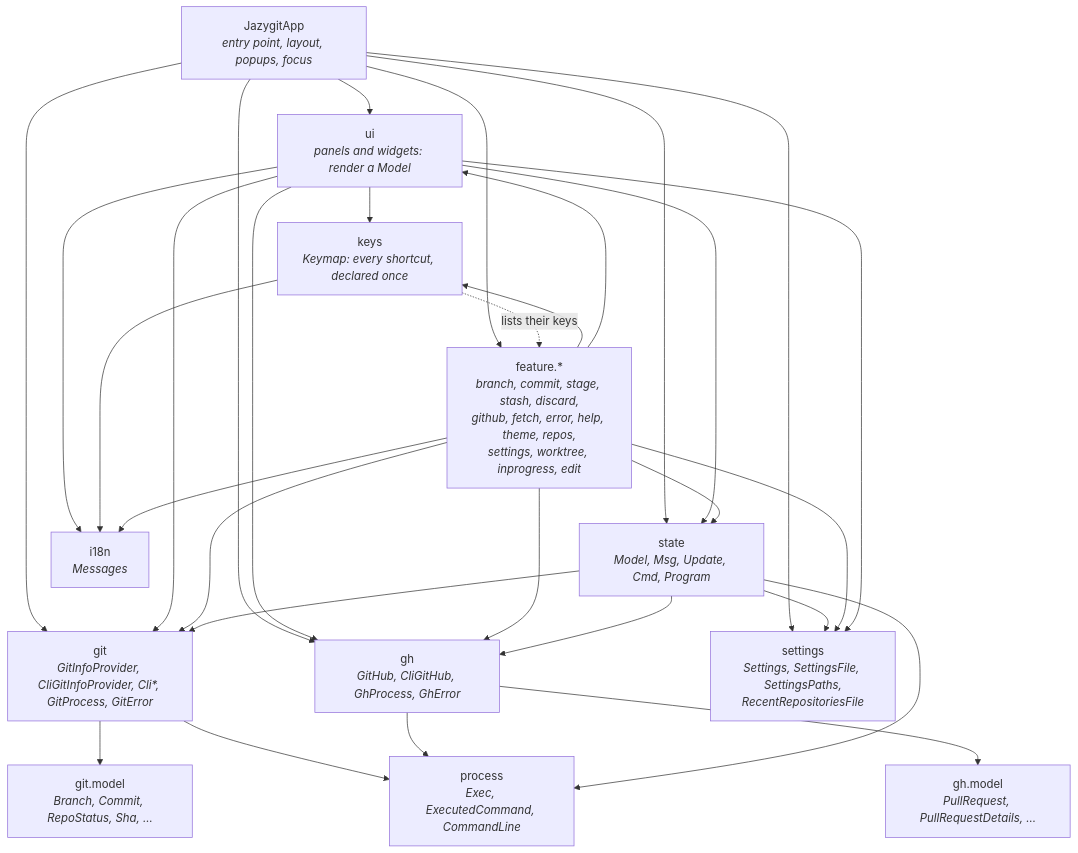
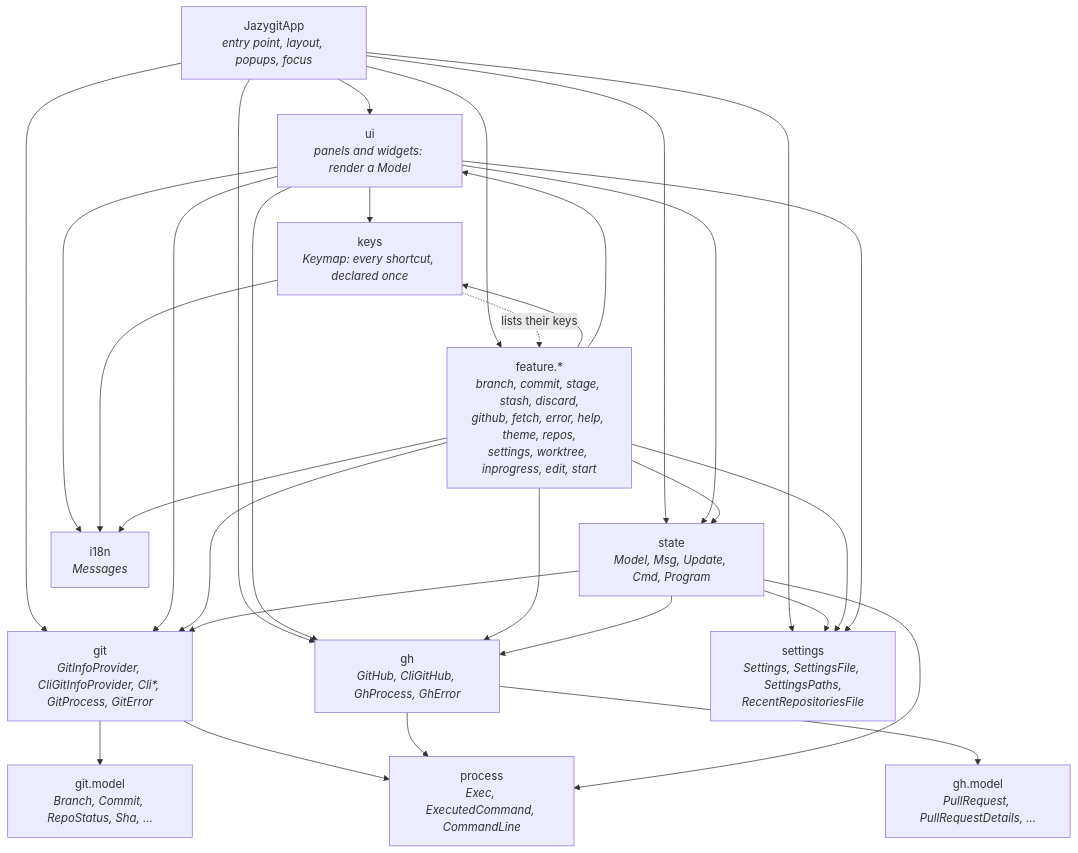
Before and after one commit to cvanfleteren/jazygit: the first of 7 diagrams in ARCHITECTURE.md, drawn with Mermaid. The commit also changed other lines of this file and 18 other files, not shown here.

````diff
--- a/ARCHITECTURE.md
+++ b/ARCHITECTURE.md
@@ -35,45 +35,45 @@
 ```mermaid
 graph TD
     App["JazygitApp<br/><i>entry point, layout, popups, focus</i>"]
     UI["ui<br/><i>panels and widgets: render a Model</i>"]
     Keys["keys<br/><i>Keymap: every shortcut, declared once</i>"]
-    Feature["feature.*<br/><i>branch, commit, stage, stash, discard,<br/>github, fetch, error, help, theme, repos,<br/>settings, worktree, inprogress, edit</i>"]
+    Feature["feature.*<br/><i>branch, commit, stage, stash, discard,<br/>github, fetch, error, help, theme, repos,<br/>settings, worktree, inprogress, edit, start</i>"]
     State["state<br/><i>Model, Msg, Update, Cmd, Program</i>"]
     Git["git<br/><i>GitInfoProvider, CliGitInfoProvider, Cli*, GitProcess, GitError</i>"]
     GitModel["git.model<br/><i>Branch, Commit, RepoStatus, Sha, ...</i>"]
     Gh["gh<br/><i>GitHub, CliGitHub, GhProcess, GhError</i>"]
     GhModel["gh.model<br/><i>PullRequest, PullRequestDetails, ...</i>"]
     Process["process<br/><i>Exec, ExecutedCommand, CommandLine</i>"]
     I18n["i18n<br/><i>Messages</i>"]
     Settings["settings<br/><i>Settings, SettingsFile, SettingsPaths,<br/>RecentRepositoriesFile</i>"]
 
     App --> UI
     App --> State
     App --> Feature
     App --> Git
     App --> Gh
     UI --> Keys
     UI --> State
     UI --> Git
     UI --> Gh
     Keys -. "lists their keys" .-> Feature
     Feature --> Keys
     Feature --> UI
     Feature --> State
     Feature --> Git
     State --> Git
     Git --> GitModel
     Feature --> Gh
     State --> Gh
     Gh --> GhModel
     Git --> Process
     Gh --> Process
     State --> Process
     UI --> I18n
     App --> Settings
     State --> Settings
     Feature --> Settings
     UI --> Settings
     Keys --> I18n
     Feature --> I18n
 ```
````
